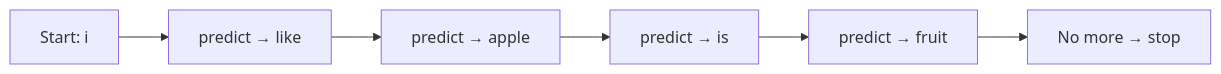
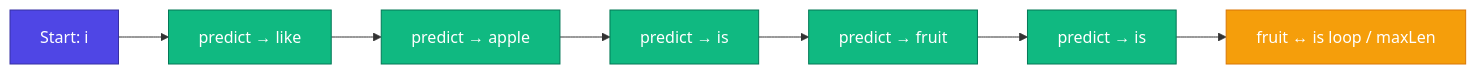
Before and after one commit to bhNibir/build-own-llm: the diagram in content/docs/part-02-bigram/04-generate.mdx, drawn with Mermaid. The commit also changed other lines of this file and 33 other files, not shown here.

First line of the commit message:
Align Bangla lessons with playgrounds, animations, and diagrams

````diff
--- a/content/docs/part-02-bigram/04-generate.mdx
+++ b/content/docs/part-02-bigram/04-generate.mdx
@@ -16,8 +16,15 @@
 ```mermaid
 flowchart LR
     start["Start: i"] --> p1["predict → like"]
     p1 --> p2["predict → apple"]
     p2 --> p3["predict → is"]
     p3 --> p4["predict → fruit"]
-    p4 --> stop["No more → stop"]
+    p4 --> p5["predict → is"]
+    p5 --> loop["fruit ↔ is loop / maxLen"]
+    classDef start fill:#4F46E5,color:#fff,stroke:#3730A3
+    classDef step fill:#10B981,color:#fff,stroke:#047857
+    classDef warn fill:#F59E0B,color:#fff,stroke:#D97706
+    class start start
+    class p1,p2,p3,p4,p5 step
+    class loop warn
 ```
````
